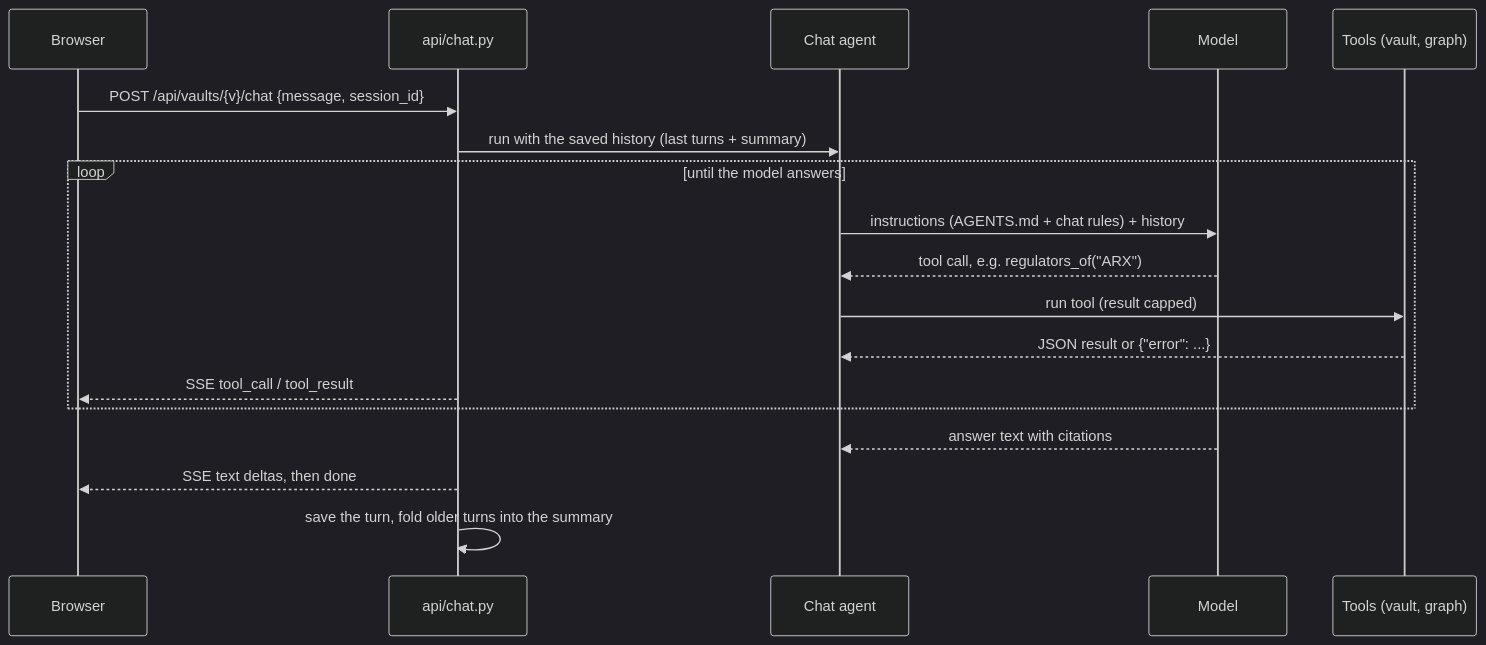
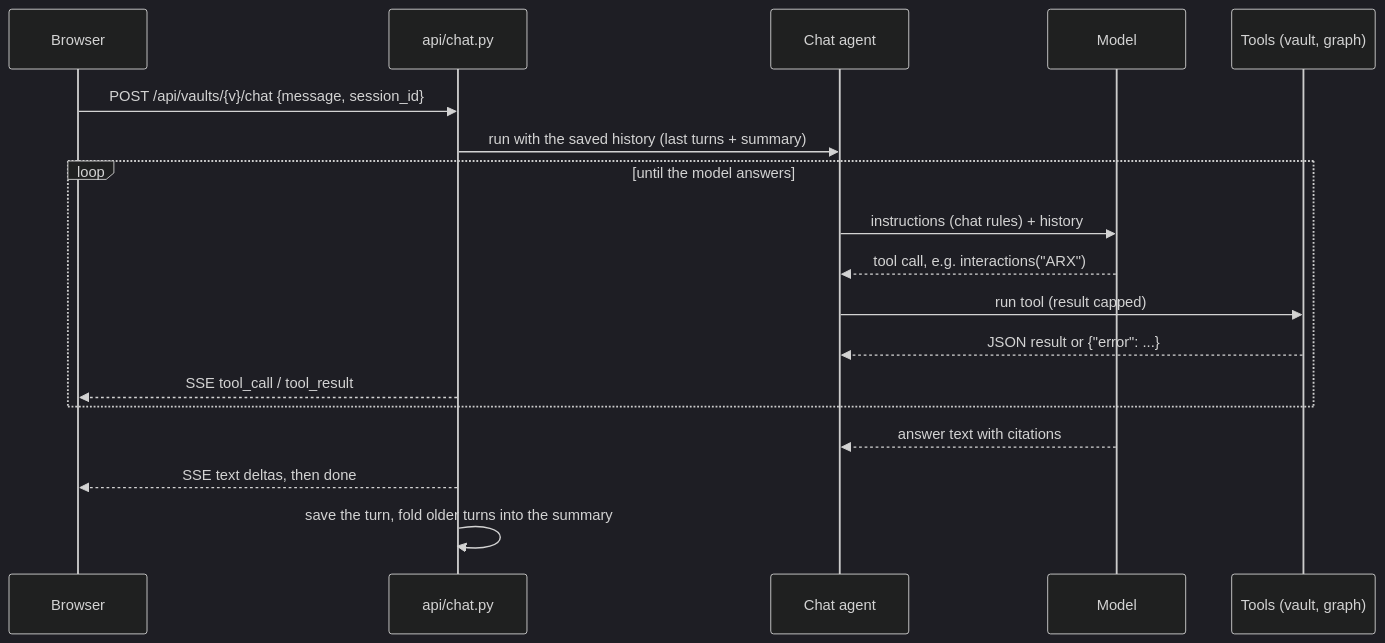
The second of 3 diagrams in README.md (hainm112123/PhosphoChat), drawn with Mermaid (dark theme) before and after one commit. The commit also changed other lines of this file and 48 other files, not shown here.

````diff
--- a/README.md
+++ b/README.md
@@ -416,21 +419,21 @@
 ```mermaid
 sequenceDiagram
     participant UI as Browser
     participant API as api/chat.py
     participant A as Chat agent
     participant M as Model
     participant T as Tools (vault, graph)
 
     UI->>API: POST /api/vaults/{v}/chat {message, session_id}
     API->>A: run with the saved history (last turns + summary)
     loop until the model answers
-        A->>M: instructions (AGENTS.md + chat rules) + history
-        M-->>A: tool call, e.g. regulators_of("ARX")
+        A->>M: instructions (chat rules) + history
+        M-->>A: tool call, e.g. interactions("ARX")
         A->>T: run tool (result capped)
         T-->>A: JSON result or {"error": ...}
         API-->>UI: SSE tool_call / tool_result
     end
     M-->>A: answer text with citations
     API-->>UI: SSE text deltas, then done
     API->>API: save the turn, fold older turns into the summary
 ```
````
